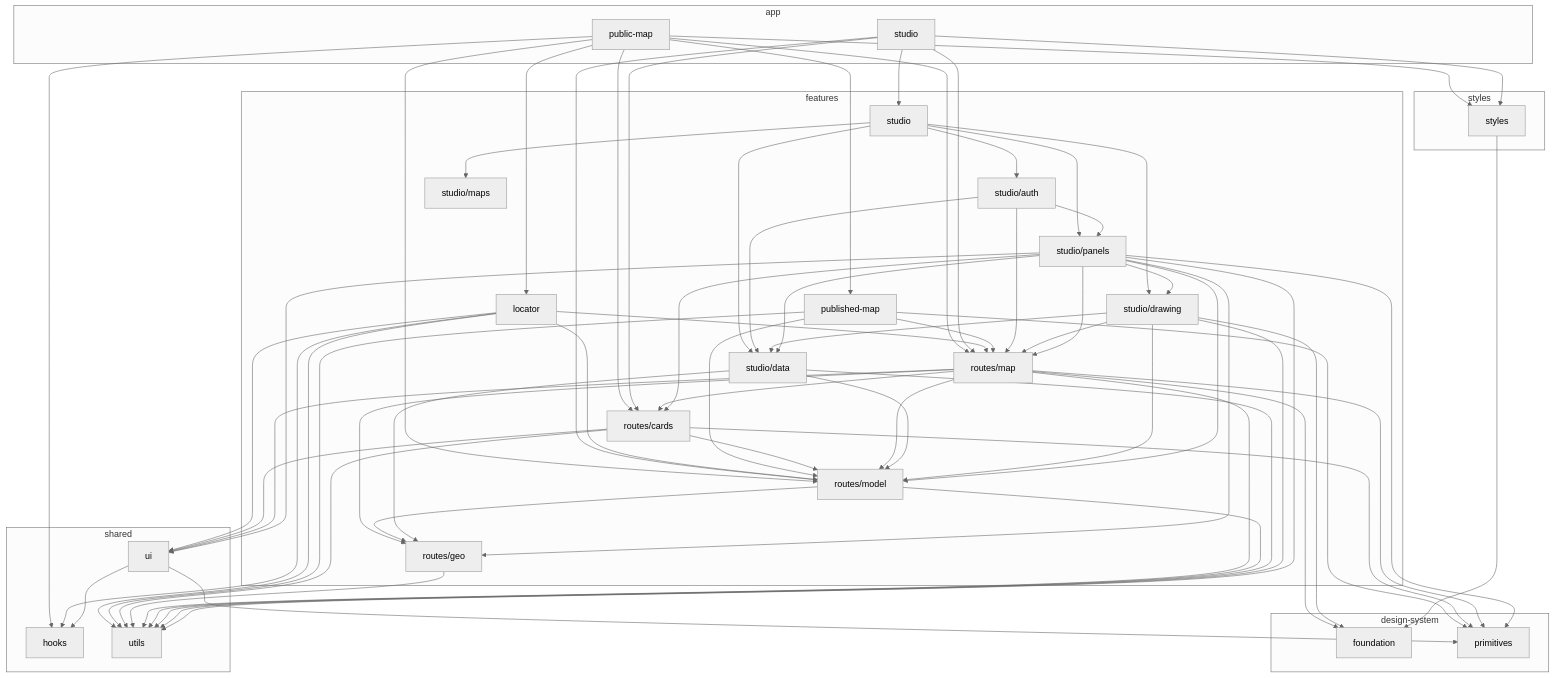
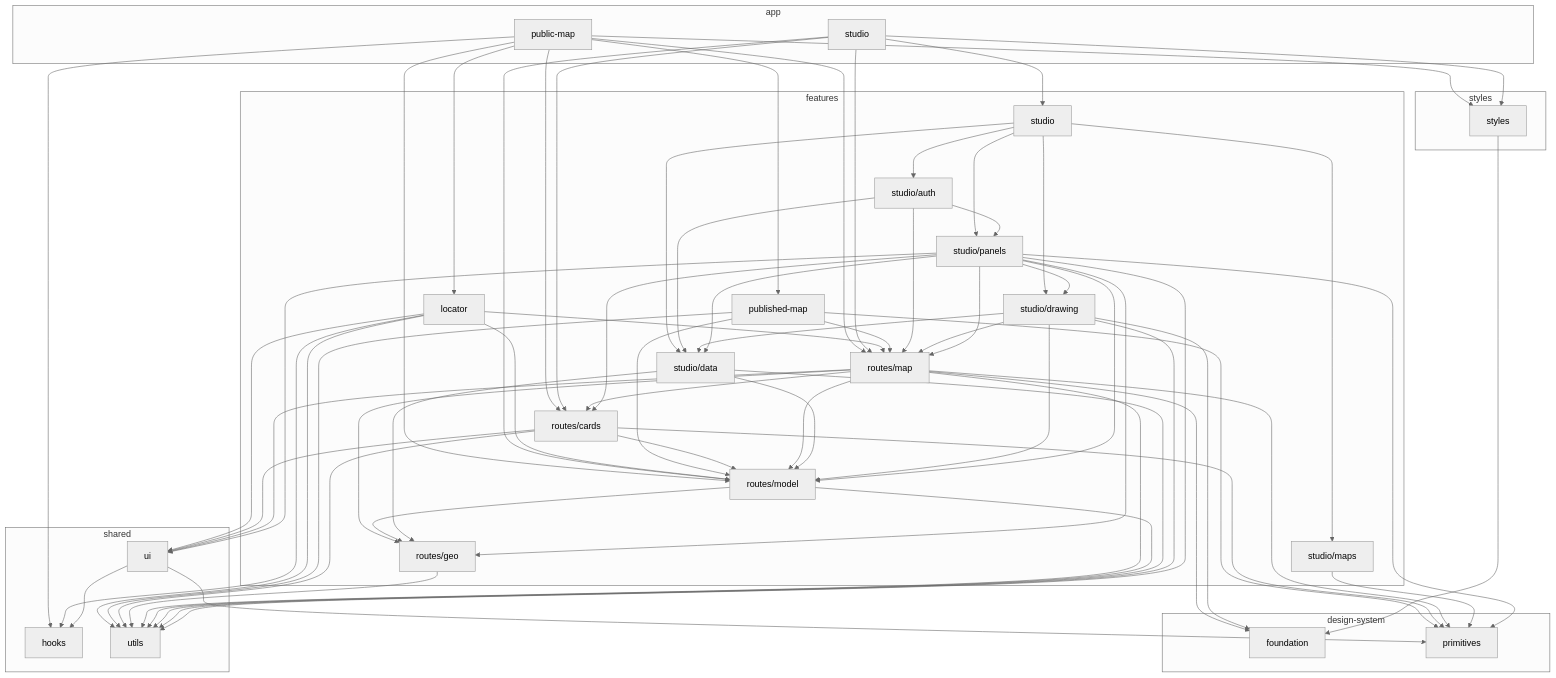
Before and after one commit to ParaOrg/Para: the diagram in docs/architecture.md, drawn with Mermaid (neutral theme). The commit also changed other lines of this file and 8 other files, not shown here.

```diff
--- a/docs/architecture.md
+++ b/docs/architecture.md
@@ -99,6 +99,7 @@
   features_studio_drawing --> features_routes_model
   features_studio_drawing --> features_studio_data
   features_studio_drawing --> shared_utils
+  features_studio_maps --> design_system_primitives
   features_studio_panels --> design_system_primitives
   features_studio_panels --> features_routes_cards
   features_studio_panels --> features_routes_geo
```
